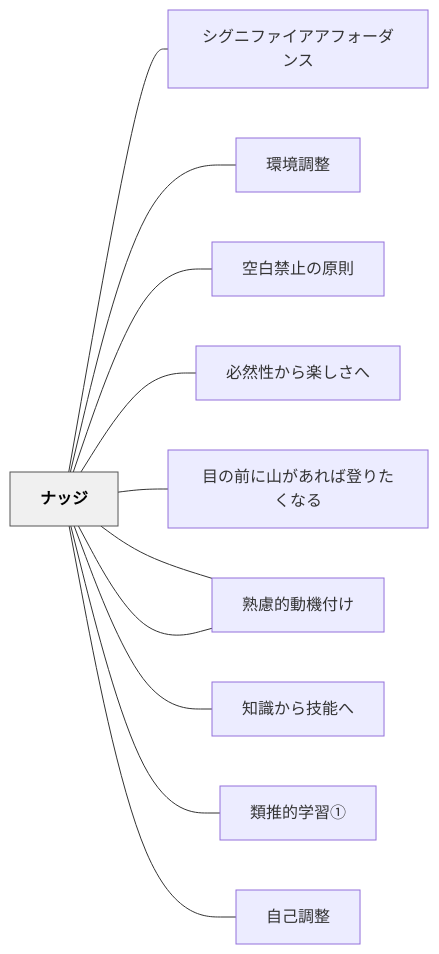
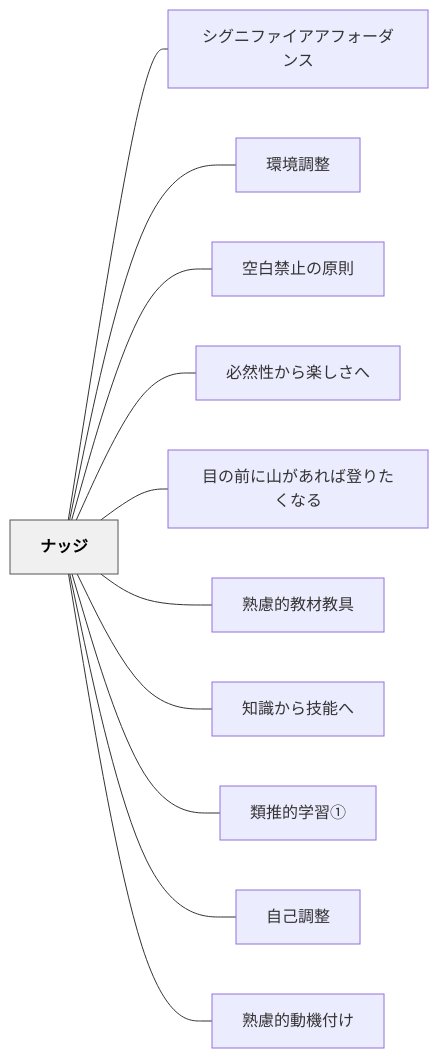
Before and after one commit to unknownthings-ed-patterns/unknownthings-ed-patterns: the diagram in content/パタン/ナッジ.md, drawn with Mermaid. The commit also changed 527 other files, not shown here.

````diff
--- a/content/パタン/ナッジ.md
+++ b/content/パタン/ナッジ.md
@@ -85,28 +85,28 @@
 ```mermaid
 flowchart LR
-    ne3838ae38383["ナッジ"]
-    ne382b7e382b0["シグニファイアアフォーダンス"]
-    ne792b0e5a283["環境調整"]
-    ne7a9bae799bd["空白禁止の原則"]
-    ne5bf85e784b6["必然性から楽しさへ"]
-    ne79baee381ae["目の前に山があれば登りたくなる"]
-    ne7869fe685ae["熟慮的教材教具"]
-    ne79fa5e8ad98["知識から技能へ"]
-    ne9a19ee68ea8["類推的学習①"]
-    ne887aae5b7b1["自己調整"]
-    ne7869fe685ae["熟慮的動機付け"]
+    ne3838ae38383e382b8["ナッジ"]
+    ne382b7e382b0e3838be38395e382a1e382a4e382a2e382a2e38395e382a9e383bce38380e383b3e382b9["シグニファイアアフォーダンス"]
+    ne792b0e5a283e8aabfe695b4["環境調整"]
+    ne7a9bae799bde7a681e6ada2e381aee58e9fe58987["空白禁止の原則"]
+    ne5bf85e784b6e680a7e3818be38289e6a5bde38197e38195e381b8["必然性から楽しさへ"]
+    ne79baee381aee5898de381abe5b1b1e3818ce38182e3828ce381b0e799bbe3828ae3819fe3818fe381aae3828b["目の前に山があれば登りたくなる"]
+    ne7869fe685aee79a84e69599e69d90e69599e585b7["熟慮的教材教具"]
+    ne79fa5e8ad98e3818be38289e68a80e883bde381b8["知識から技能へ"]
+    ne9a19ee68ea8e79a84e5ada6e7bf92e291a0["類推的学習①"]
+    ne887aae5b7b1e8aabfe695b4["自己調整"]
+    ne7869fe685aee79a84e58b95e6a99fe4bb98e38191["熟慮的動機付け"]
 
-    ne3838ae38383 --- ne382b7e382b0
-    ne3838ae38383 --- ne792b0e5a283
-    ne3838ae38383 --- ne7a9bae799bd
-    ne3838ae38383 --- ne5bf85e784b6
-    ne3838ae38383 --- ne79baee381ae
-    ne3838ae38383 --- ne7869fe685ae
-    ne3838ae38383 --- ne79fa5e8ad98
-    ne3838ae38383 --- ne9a19ee68ea8
-    ne3838ae38383 --- ne887aae5b7b1
-    ne3838ae38383 --- ne7869fe685ae
+    ne3838ae38383e382b8 --- ne382b7e382b0e3838be38395e382a1e382a4e382a2e382a2e38395e382a9e383bce38380e383b3e382b9
+    ne3838ae38383e382b8 --- ne792b0e5a283e8aabfe695b4
+    ne3838ae38383e382b8 --- ne7a9bae799bde7a681e6ada2e381aee58e9fe58987
+    ne3838ae38383e382b8 --- ne5bf85e784b6e680a7e3818be38289e6a5bde38197e38195e381b8
+    ne3838ae38383e382b8 --- ne79baee381aee5898de381abe5b1b1e3818ce38182e3828ce381b0e799bbe3828ae3819fe3818fe381aae3828b
+    ne3838ae38383e382b8 --- ne7869fe685aee79a84e69599e69d90e69599e585b7
+    ne3838ae38383e382b8 --- ne79fa5e8ad98e3818be38289e68a80e883bde381b8
+    ne3838ae38383e382b8 --- ne9a19ee68ea8e79a84e5ada6e7bf92e291a0
+    ne3838ae38383e382b8 --- ne887aae5b7b1e8aabfe695b4
+    ne3838ae38383e382b8 --- ne7869fe685aee79a84e58b95e6a99fe4bb98e38191
 
     classDef hub fill:#f0f0f0,stroke:#555,color:#000,font-weight:bold
-    class ne3838ae38383 hub
+    class ne3838ae38383e382b8 hub
 ```
````
